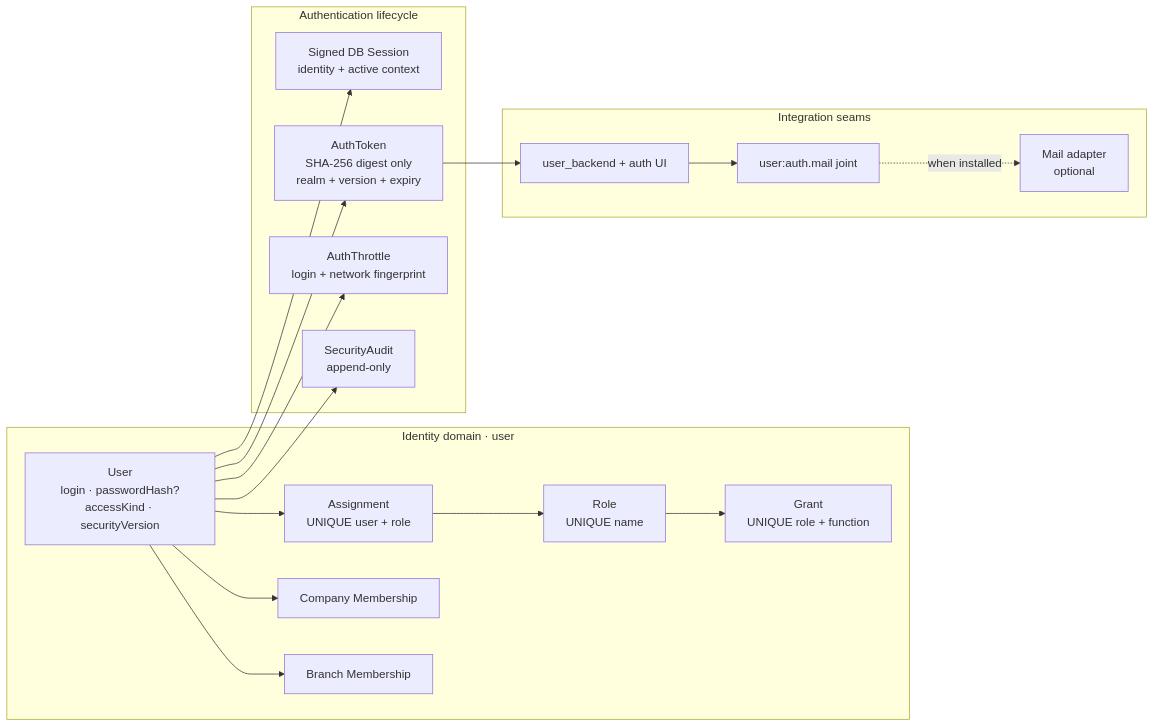
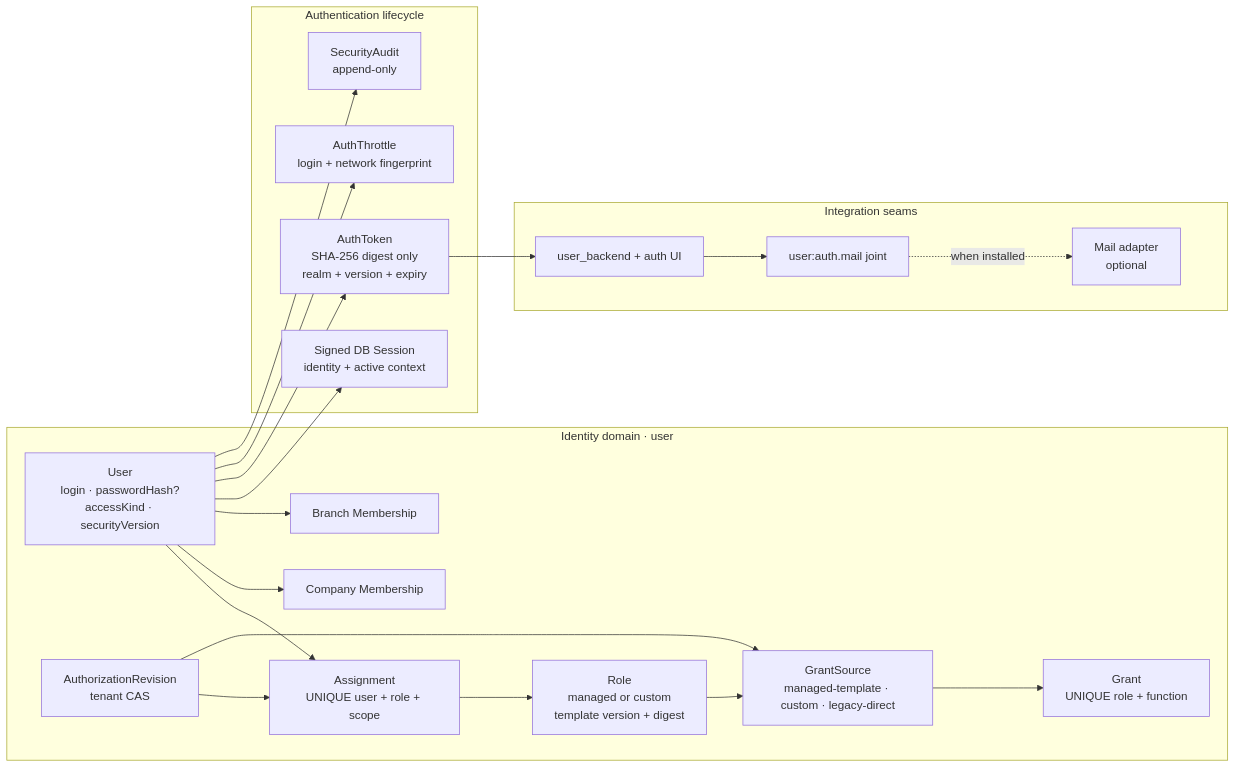
The first of 4 diagrams in docs/src/content/docs/ketsuite/authentication-users.md (ketvietlab/ketjs), drawn with Mermaid before and after one commit. The commit also changed other lines of this file and 39 other files, not shown here.

````diff
--- a/docs/src/content/docs/ketsuite/authentication-users.md
+++ b/docs/src/content/docs/ketsuite/authentication-users.md
@@ -45,37 +49,41 @@
 ```mermaid
 %% File: docs/src/content/docs/ketsuite/authentication-users.md
 flowchart LR
   subgraph Identity["Identity domain · user"]
     U["User<br/>login · passwordHash?<br/>accessKind · securityVersion"]
-    A["Assignment<br/>UNIQUE user + role"]
-    R["Role<br/>UNIQUE name"]
+    A["Assignment<br/>UNIQUE user + role + scope"]
+    R["Role<br/>managed or custom<br/>template version + digest"]
+    GS["GrantSource<br/>managed-template · custom · legacy-direct"]
     G["Grant<br/>UNIQUE role + function"]
+    AR["AuthorizationRevision<br/>tenant CAS"]
     M["Company Membership"]
     BM["Branch Membership"]
 
-    U --> A --> R --> G
+    U --> A --> R --> GS --> G
+    AR --> A
+    AR --> GS
     U --> M
     U --> BM
   end
 
   subgraph Authentication["Authentication lifecycle"]
     S["Signed DB Session<br/>identity + active context"]
     T["AuthToken<br/>SHA-256 digest only<br/>realm + version + expiry"]
     H["AuthThrottle<br/>login + network fingerprint"]
     L["SecurityAudit<br/>append-only"]
   end
 
   subgraph Integrations["Integration seams"]
     MJ["user:auth.mail joint"]
     Mail["Mail adapter<br/>optional"]
     UI["user_backend + auth UI"]
   end
 
   U --> S
   U --> T
   U --> H
   U --> L
   T --> UI
   UI --> MJ
   MJ -. when installed .-> Mail
 ```
````
